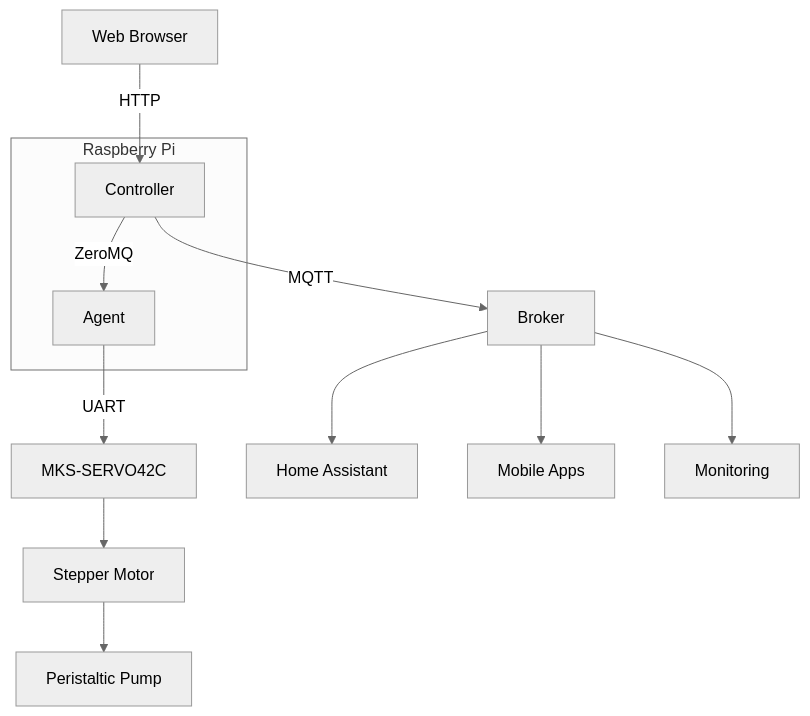
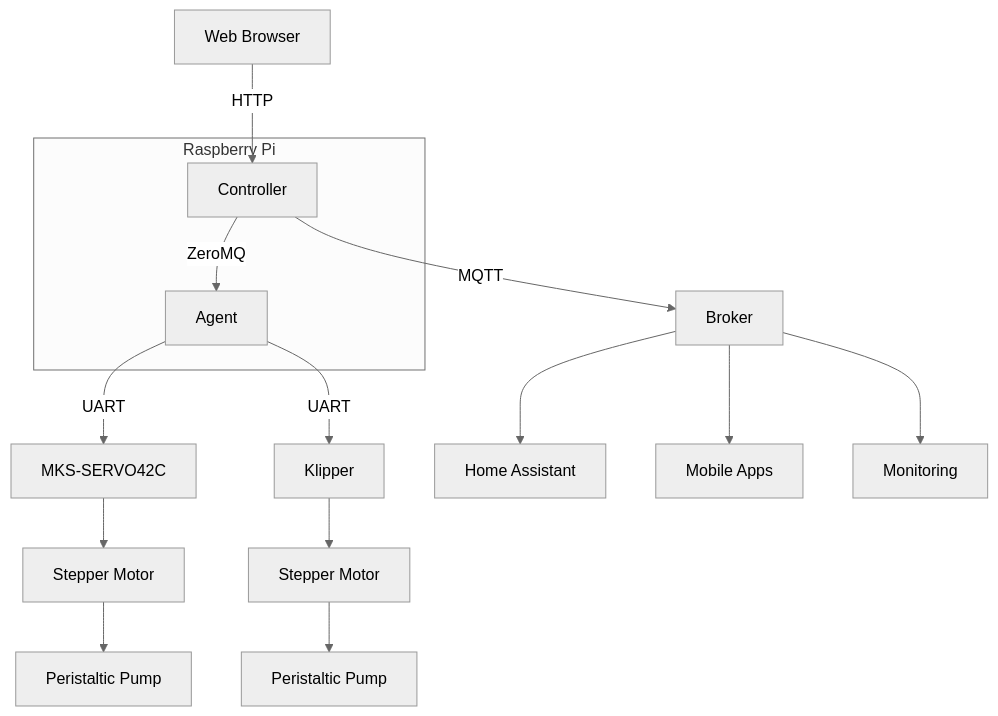
The first of 12 diagrams in README.md (telenkov88/rpi-peristaltic-rs), drawn with Mermaid (neutral theme) before and after one commit. The commit also changed other lines of this file and 13 other files, not shown here.

````diff
--- a/README.md
+++ b/README.md
@@ -29,17 +29,20 @@
 ```mermaid
 graph TD
     A[Web Browser] -->|HTTP| B[Controller]
     B -->|ZeroMQ| C[Agent]
     C -->|UART| D[MKS-SERVO42C]
     D --> E[Stepper Motor]
     E --> F[Peristaltic Pump]
+    C -->|UART| K[Klipper]
+    K --> Z[Stepper Motor]
+    Z --> X[Peristaltic Pump]
     B -->|MQTT| G[Broker]
     G --> H[Home Assistant]
     G --> I[Mobile Apps]
     G --> J[Monitoring]
     
     subgraph Raspberry Pi
         B
         C
     end
 ```
````
